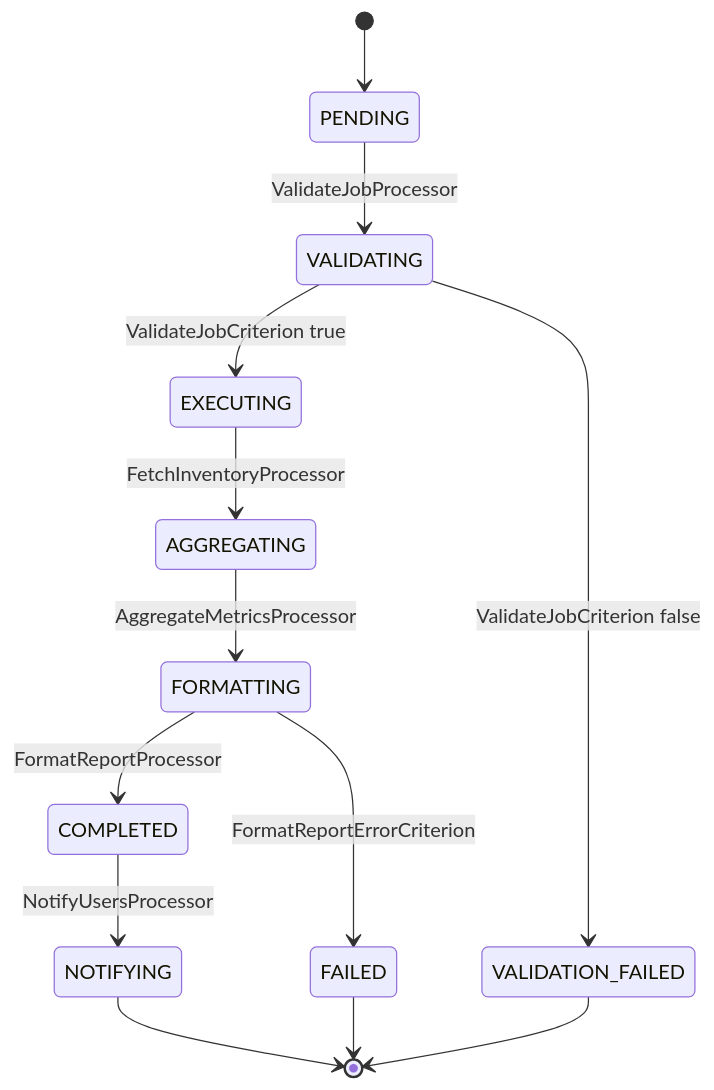
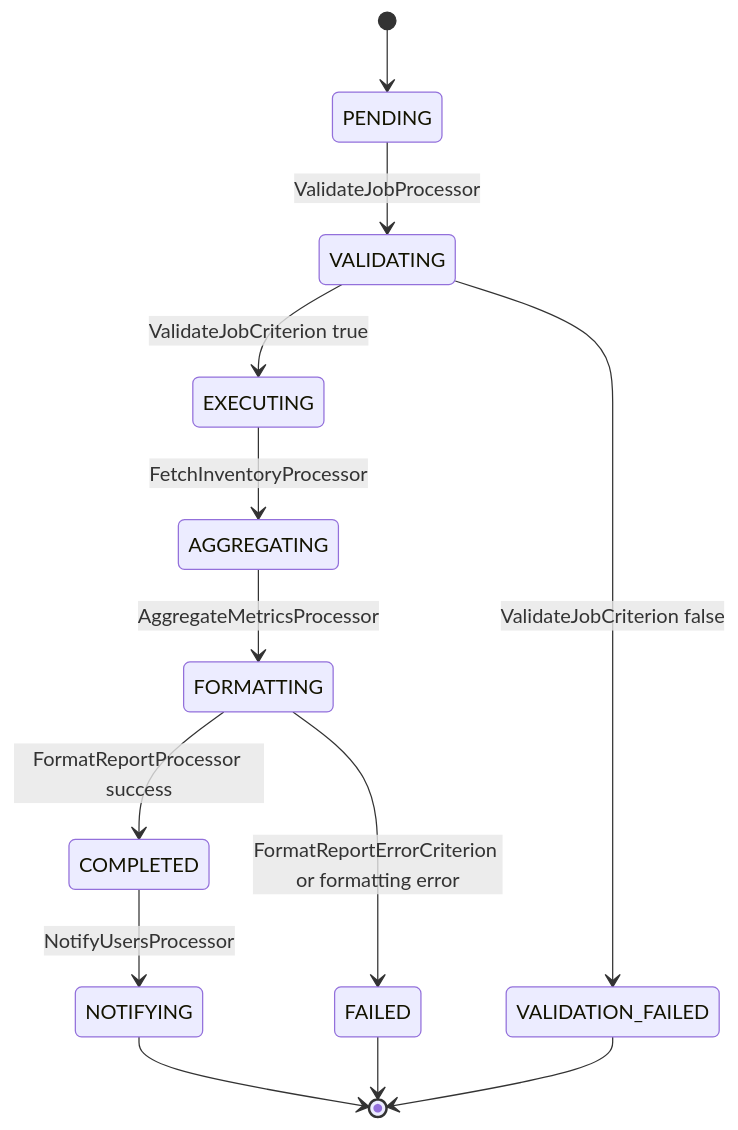
One commit to Cyoda-platform/java-client-template changed the second of 3 diagrams in src/main/java/com/java_template/prototype/functional_requirement.md. Above: the diagram before and after it, drawn with Mermaid. The commit also changed other lines of this file, not shown here.

````diff
--- a/src/main/java/com/java_template/prototype/functional_requirement.md
+++ b/src/main/java/com/java_template/prototype/functional_requirement.md
@@ -69,15 +98,15 @@
 ```mermaid
 stateDiagram-v2
     [*] --> PENDING
     PENDING --> VALIDATING : ValidateJobProcessor
     VALIDATING --> VALIDATION_FAILED : ValidateJobCriterion false
     VALIDATING --> EXECUTING : ValidateJobCriterion true
     EXECUTING --> AGGREGATING : FetchInventoryProcessor
     AGGREGATING --> FORMATTING : AggregateMetricsProcessor
-    FORMATTING --> COMPLETED : FormatReportProcessor
-    FORMATTING --> FAILED : FormatReportErrorCriterion
+    FORMATTING --> COMPLETED : FormatReportProcessor success
+    FORMATTING --> FAILED : FormatReportErrorCriterion or formatting error
     COMPLETED --> NOTIFYING : NotifyUsersProcessor
     NOTIFYING --> [*]
     FAILED --> [*]
     VALIDATION_FAILED --> [*]
 ```
````
